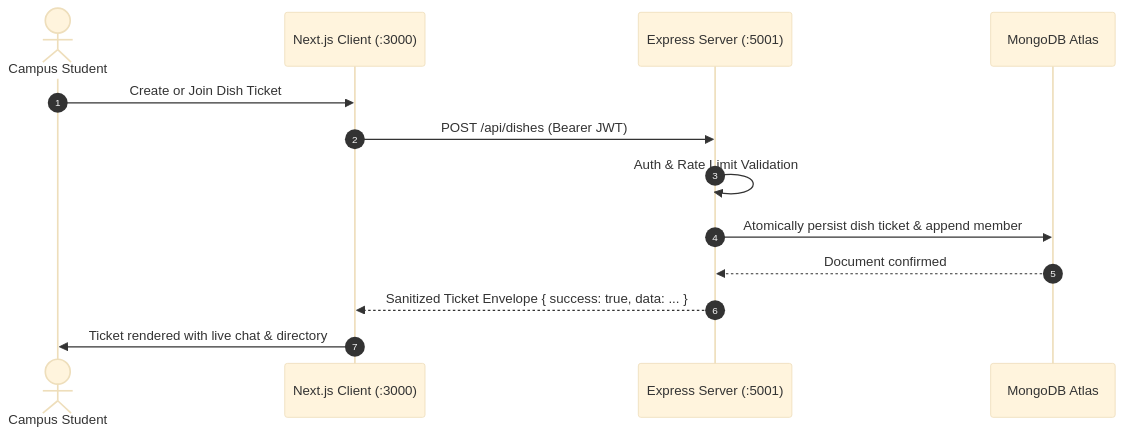
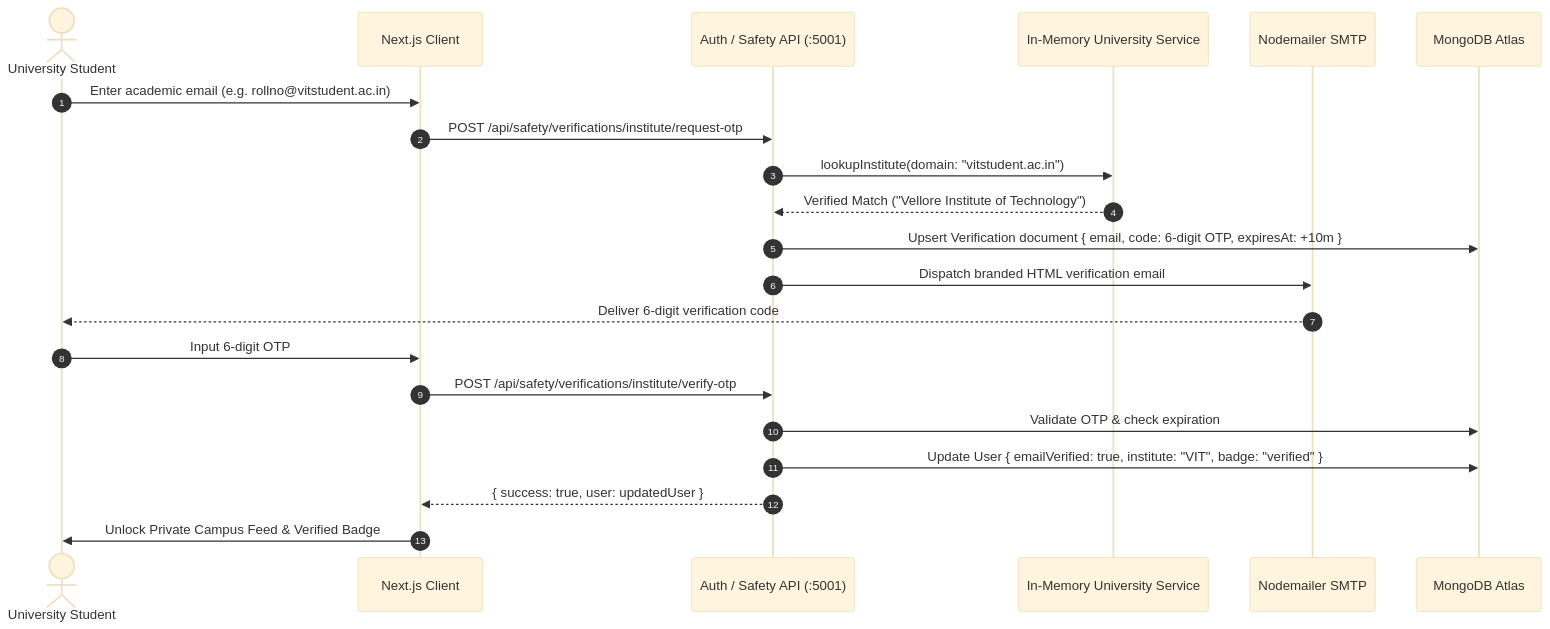
Before and after one commit to soelnvc/LetMeCook: the second of 3 diagrams in README.md, drawn with Mermaid (base theme). The commit also changed other lines of this file and 2 other files, not shown here.

Commit message:
docs: enrich repository, client, and server READMEs with comprehensive enterprise documentation

````diff
--- a/README.md
+++ b/README.md
@@ -54,16 +168,24 @@
 ```mermaid
 sequenceDiagram
-  autonumber
-  actor Student as Campus Student
-  participant UI as Next.js Client (:3000)
-  participant API as Express Server (:5001)
-  participant DB as MongoDB Atlas
+    autonumber
+    actor Student as University Student
+    participant UI as Next.js Client
+    participant Auth as Auth / Safety API (:5001)
+    participant UniSvc as In-Memory University Service
+    participant Mailer as Nodemailer SMTP
+    participant DB as MongoDB Atlas
 
-  Student->>UI: Create or Join Dish Ticket
-  UI->>API: POST /api/dishes (Bearer JWT)
-  API->>API: Auth & Rate Limit Validation
-  API->>DB: Atomically persist dish ticket & append member
-  DB-->>API: Document confirmed
-  API-->>UI: Sanitized Ticket Envelope { success: true, data: ... }
-  UI->>Student: Ticket rendered with live chat & directory
+    Student->>UI: Enter academic email (e.g. rollno@vitstudent.ac.in)
+    UI->>Auth: POST /api/safety/verifications/institute/request-otp
+    Auth->>UniSvc: lookupInstitute(domain: "vitstudent.ac.in")
+    UniSvc-->>Auth: Verified Match ("Vellore Institute of Technology")
+    Auth->>DB: Upsert Verification document { email, code: 6-digit OTP, expiresAt: +10m }
+    Auth->>Mailer: Dispatch branded HTML verification email
+    Mailer-->>Student: Deliver 6-digit verification code
+    Student->>UI: Input 6-digit OTP
+    UI->>Auth: POST /api/safety/verifications/institute/verify-otp
+    Auth->>DB: Validate OTP & check expiration
+    Auth->>DB: Update User { emailVerified: true, institute: "VIT", badge: "verified" }
+    Auth-->>UI: { success: true, user: updatedUser }
+    UI->>Student: Unlock Private Campus Feed & Verified Badge
 ```
````
